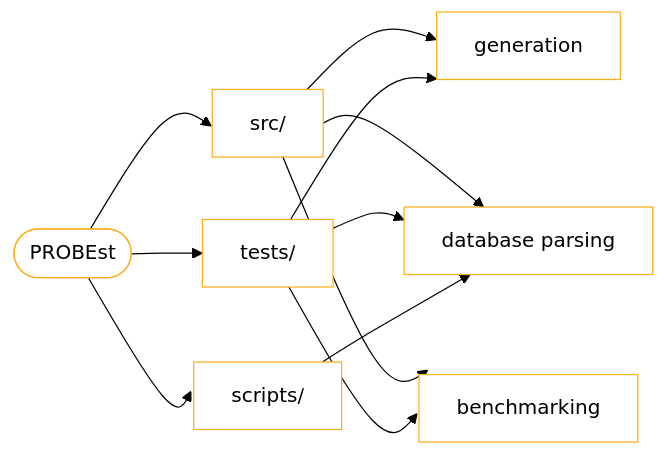
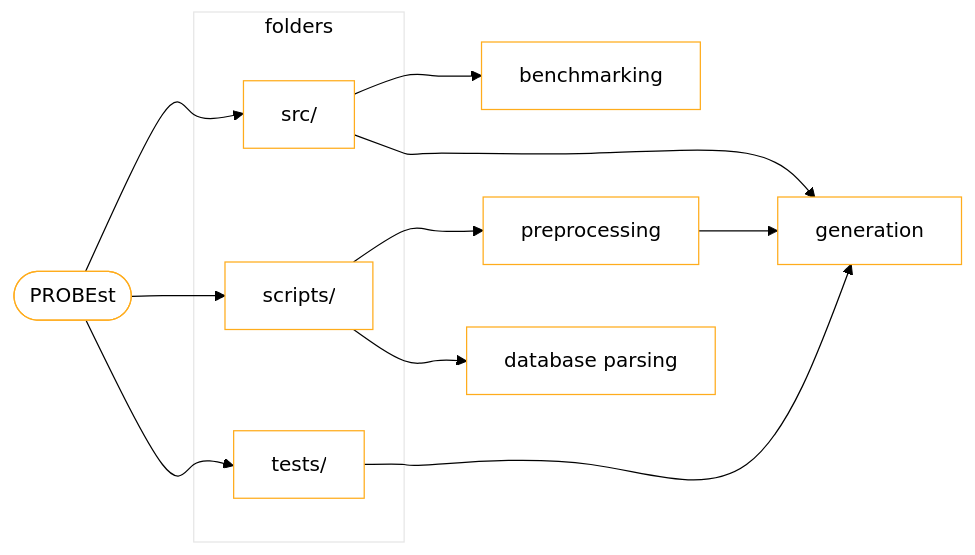
Before and after one commit to CTLab-ITMO/PROBEst: the third of 3 diagrams in README.md, drawn with Mermaid. The commit also changed other lines of this file, not shown here.

````diff
--- a/README.md
+++ b/README.md
@@ -227,39 +229,44 @@
 ```mermaid
 ---
 config:
   theme: neutral
   look: classic
 ---
 %%{init: {
   'theme': 'base',
   'themeVariables': {
     'fontFamily': 'arial',
     'fontSize': '16px',
     'primaryColor': '#fff',
     'primaryBorderColor': '#FFAC1C',
     'primaryTextColor': '#000',
     'lineColor': '#000',
     'secondaryColor': '#90EE90',
     'tertiaryColor': '#fff',
     'subgraphBorderStyle': 'dotted'
   },
   'flowchart': {
     'curve': 'natural',
     'padding': 15
   }
 }}%%
 
 graph LR
     PROBEst([PROBEst]) --> src[src/]
+    PROBEst --> scripts[scripts/]
     PROBEst --> tests[tests/]
-    PROBEst --> scripts[scripts/]
+
+    subgraph folders
+    src
+    scripts
+    tests
+    end
     
+    src --> C[benchmarking]
     src --> A[generation]
-    src --> B[database parsing]
-    src --> C[benchmarking]
     tests --> A
-    tests --> B
-    tests --> C
     
+    scripts --> D[preprocessing]
     scripts --> B[database parsing]
+    D --> A
 ```
````
